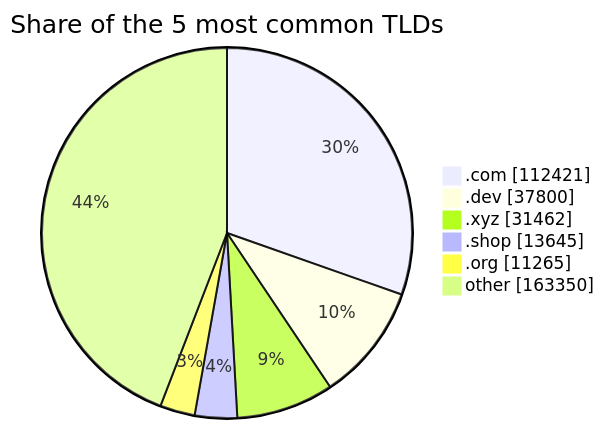
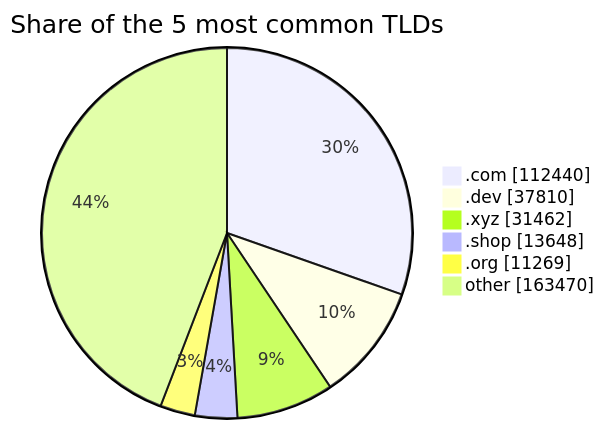
Before and after one commit to DNSBunker/CTI: the third of 3 diagrams in README.md, drawn with Mermaid. The commit also changed other lines of this file and 3 other files, not shown here.

````diff
--- a/README.md
+++ b/README.md
@@ -81,9 +81,9 @@
 ```mermaid
 pie showData title Share of the 5 most common TLDs
-    ".com" : 112421
-    ".dev" : 37800
+    ".com" : 112440
+    ".dev" : 37810
     ".xyz" : 31462
-    ".shop" : 13645
-    ".org" : 11265
-    "other" : 163350
+    ".shop" : 13648
+    ".org" : 11269
+    "other" : 163470
 ```
````
